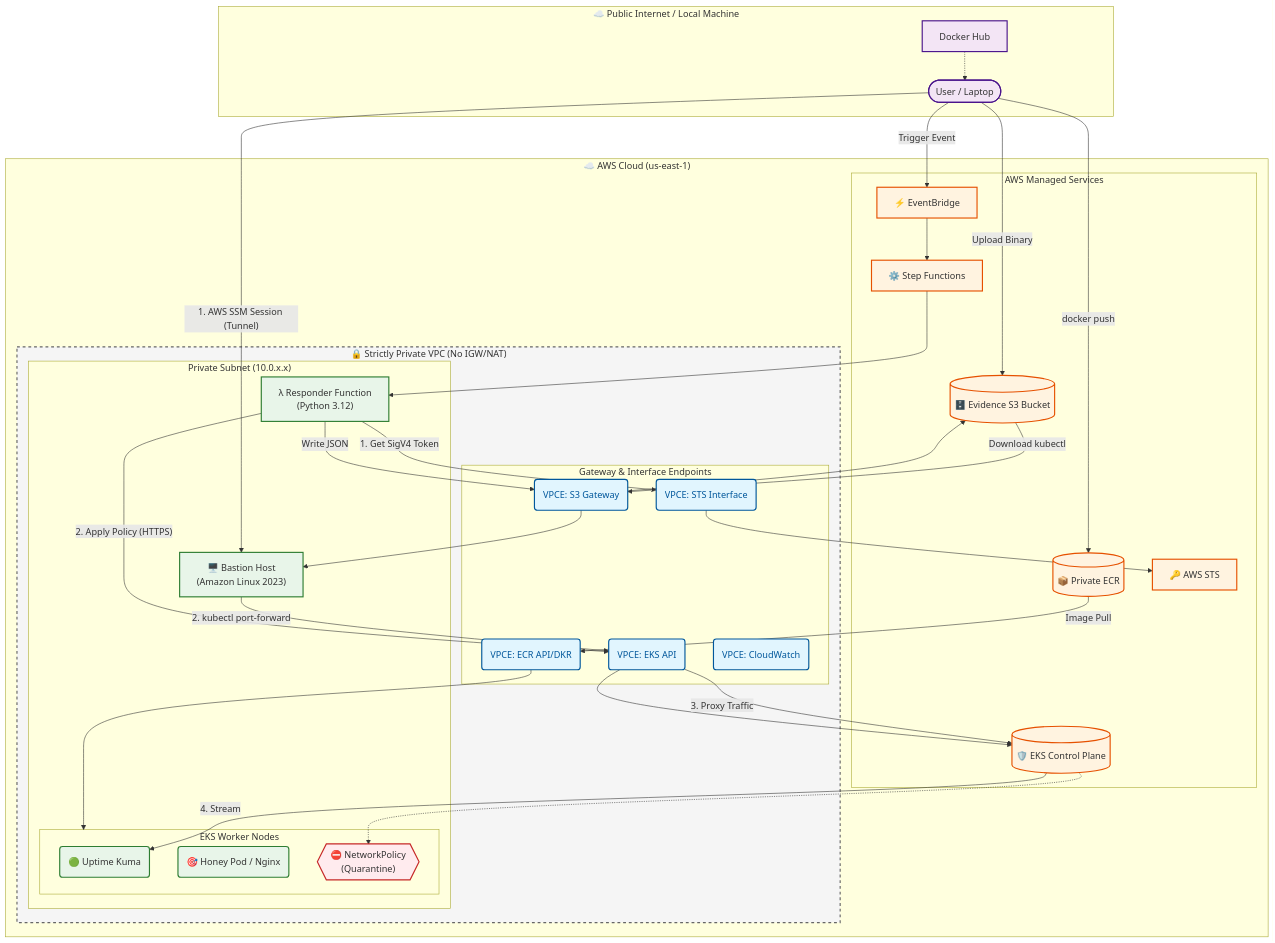
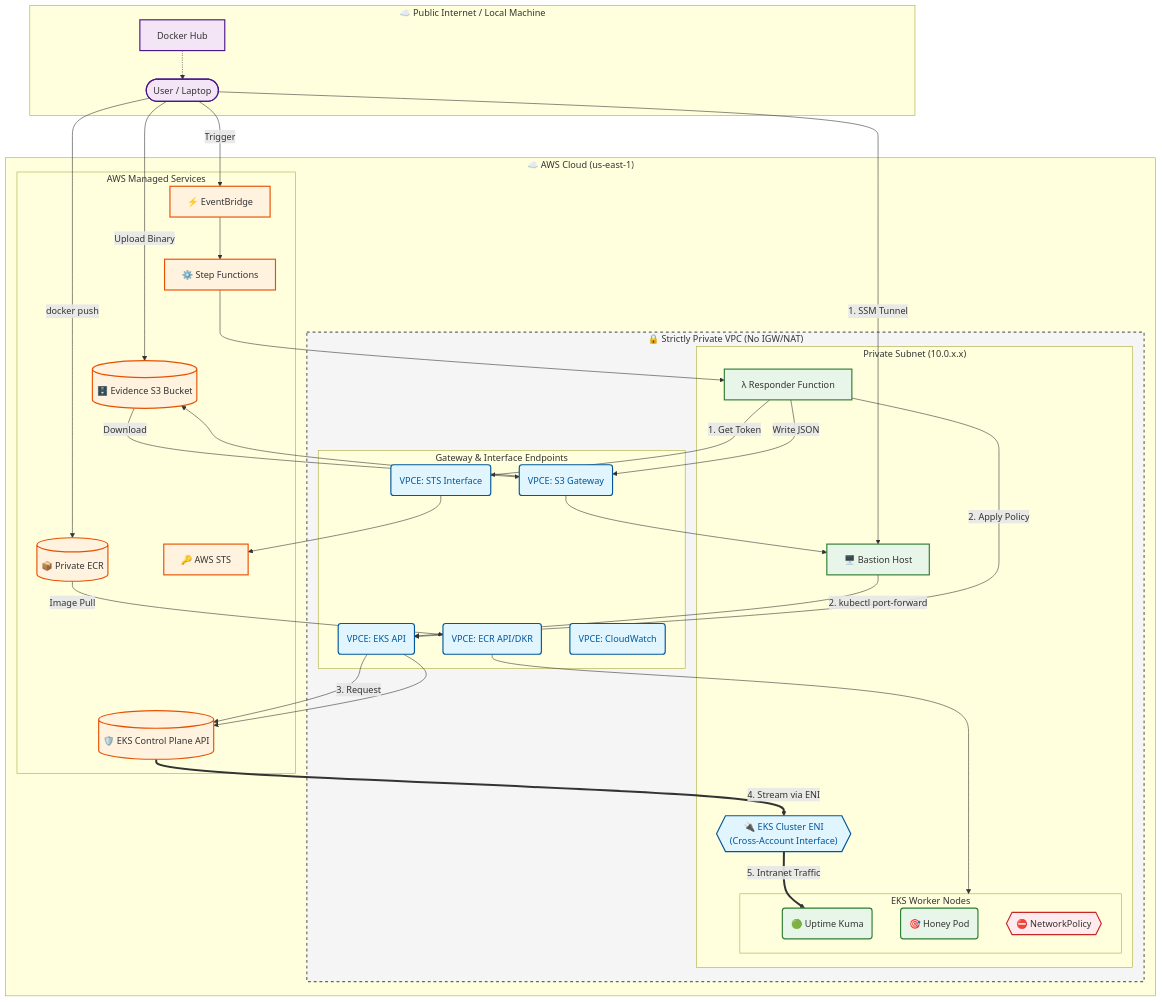
The diagram in README.md (AustinTO/10-minute-private-eks-containment-blueprint), drawn with Mermaid before and after one commit.

Commit message:
Clarified Architecture Diagram

```diff
--- a/README.md
+++ b/README.md
@@ -40,7 +40,7 @@
         
         %% --- AWS Managed Control Plane (Outside VPC) ---
         subgraph AWS_Managed ["AWS Managed Services"]
-            EKS_CP[("🛡️ EKS Control Plane")]
+            EKS_CP[("🛡️ EKS Control Plane API")]
             ECR[("📦 Private ECR")]
             S3_Bucket[("🗄️ Evidence S3 Bucket")]
             EB[⚡ EventBridge]
@@ -52,7 +52,7 @@
         subgraph VPC ["🔒 Strictly Private VPC (No IGW/NAT)"]
             style VPC fill:#f5f5f5,stroke:#666,stroke-width:2px,stroke-dasharray: 5 5
 
-            %% --- VPC Endpoints (The Only Way Out) ---
+            %% --- VPC Endpoints (Egress) ---
             subgraph VPC_Endpoints ["Gateway & Interface Endpoints"]
                 VPCE_S3(VPCE: S3 Gateway)
                 VPCE_ECR(VPCE: ECR API/DKR)
@@ -64,17 +64,20 @@
             %% --- Private Subnets ---
             subgraph Private_Subnet ["Private Subnet (10.0.x.x)"]
                 
+                %% Injected Interfaces
+                Cluster_ENI{{"🔌 EKS Cluster ENI<br/>(Cross-Account Interface)"}}
+
                 %% Bastion Component
-                Bastion["🖥️ Bastion Host<br/>(Amazon Linux 2023)"]
+                Bastion["🖥️ Bastion Host"]
                 
                 %% Lambda Component
-                Responder["λ Responder Function<br/>(Python 3.12)"]
+                Responder["λ Responder Function"]
 
                 %% K8s Worker Nodes
                 subgraph K8s_Nodes ["EKS Worker Nodes"]
                     Pod_Kuma(🟢 Uptime Kuma)
-                    Pod_Honey(🎯 Honey Pod / Nginx)
-                    NetworkPolicy{{"⛔ NetworkPolicy<br/>(Quarantine)"}}
+                    Pod_Honey(🎯 Honey Pod)
+                    NetworkPolicy{{"⛔ NetworkPolicy"}}
                 end
             end
         end
@@ -83,10 +86,11 @@
     %% --- Data Flows ---
 
     %% 1. The "Dumb Pipe" Tunnel (Observability)
-    User --"1. AWS SSM Session (Tunnel)"--> Bastion
+    User --"1. SSM Tunnel"--> Bastion
     Bastion --"2. kubectl port-forward"--> VPCE_EKS
-    VPCE_EKS --"3. Proxy Traffic"--> EKS_CP
-    EKS_CP --"4. Stream"--> Pod_Kuma
+    VPCE_EKS --"3. Request"--> EKS_CP
+    EKS_CP =="4. Stream via ENI"==> Cluster_ENI
+    Cluster_ENI == "5. Intranet Traffic" ==> Pod_Kuma
     
     %% 2. The Supply Chain (Smuggling)
     Ext_Docker -.-> User
@@ -96,27 +100,26 @@
 
     %% 3. The "Data Diode" (Tool Installation)
     User --"Upload Binary"--> S3_Bucket
-    S3_Bucket --"Download kubectl"--> VPCE_S3
+    S3_Bucket --"Download"--> VPCE_S3
     VPCE_S3 --> Bastion
 
     %% 4. The Attack & Response Loop
-    User --"Trigger Event"--> EB
+    User --"Trigger"--> EB
     EB --> SFN
     SFN --> Responder
     
-    %% 5. Lambda Logic (The "Nuclear" Auth)
-    Responder --"1. Get SigV4 Token"--> VPCE_STS
+    %% 5. Lambda Logic
+    Responder --"1. Get Token"--> VPCE_STS
     VPCE_STS --> STS
-    Responder --"2. Apply Policy (HTTPS)"--> VPCE_EKS
+    Responder --"2. Apply Policy"--> VPCE_EKS
     VPCE_EKS --> EKS_CP
-    EKS_CP -.-> NetworkPolicy
     
     %% 6. Evidence Capture
     Responder --"Write JSON"--> VPCE_S3
     VPCE_S3 --> S3_Bucket
 
     %% Styling Assignment
-    class VPCE_S3,VPCE_ECR,VPCE_EKS,VPCE_STS,VPCE_Logs net;
+    class VPCE_S3,VPCE_ECR,VPCE_EKS,VPCE_STS,VPCE_Logs,Cluster_ENI net;
     class EKS_CP,ECR,S3_Bucket,EB,SFN,STS aws;
     class Bastion,Responder,Pod_Kuma,Pod_Honey compute;
     class NetworkPolicy security;
```
